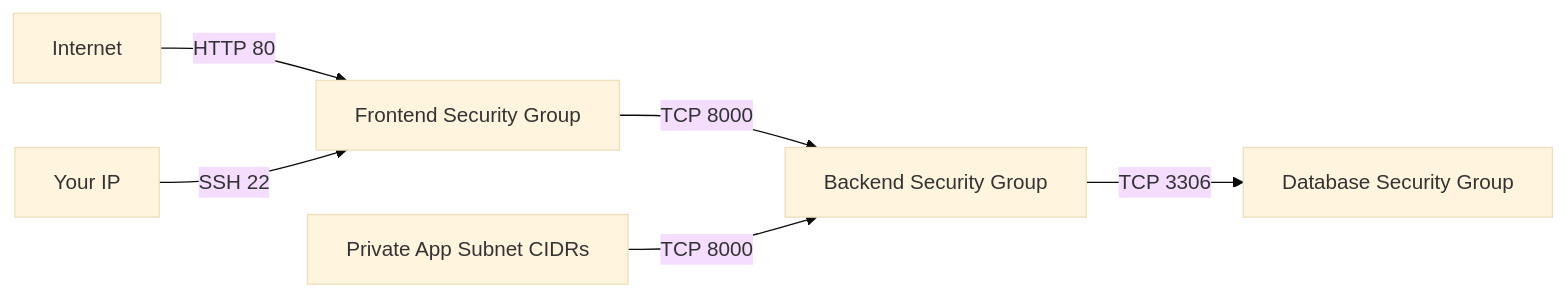
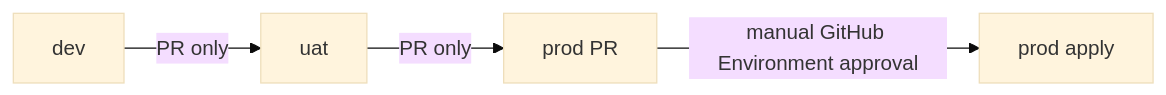
Before and after one commit to Olalekog/todo-3tier-app: the sixth of 6 diagrams in README.md, drawn with Mermaid (base theme). The commit also changed other lines of this file, not shown here.

````diff
--- a/README.md
+++ b/README.md
@@ -496,10 +290,6 @@
 ```mermaid
 flowchart LR
-    Internet[Internet] -->|HTTP 80| FrontendSG[Frontend Security Group]
-    Admin[Your IP] -->|SSH 22| FrontendSG
-
-    FrontendSG -->|TCP 8000| BackendSG[Backend Security Group]
-    PrivateAppCIDR[Private App Subnet CIDRs] -->|TCP 8000| BackendSG
-
-    BackendSG -->|TCP 3306| DatabaseSG[Database Security Group]
+    Dev[dev] -->|PR only| UAT[uat]
+    UAT -->|PR only| ProdPR[prod PR]
+    ProdPR -->|manual GitHub Environment approval| Prod[prod apply]
 ```
````
